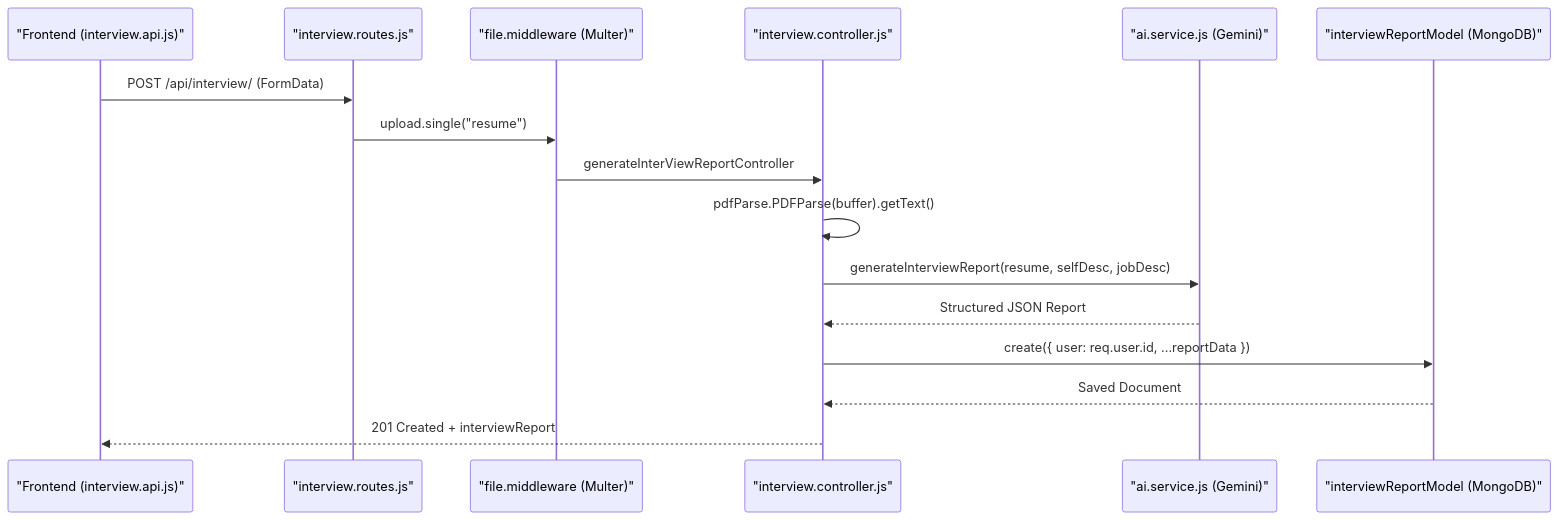
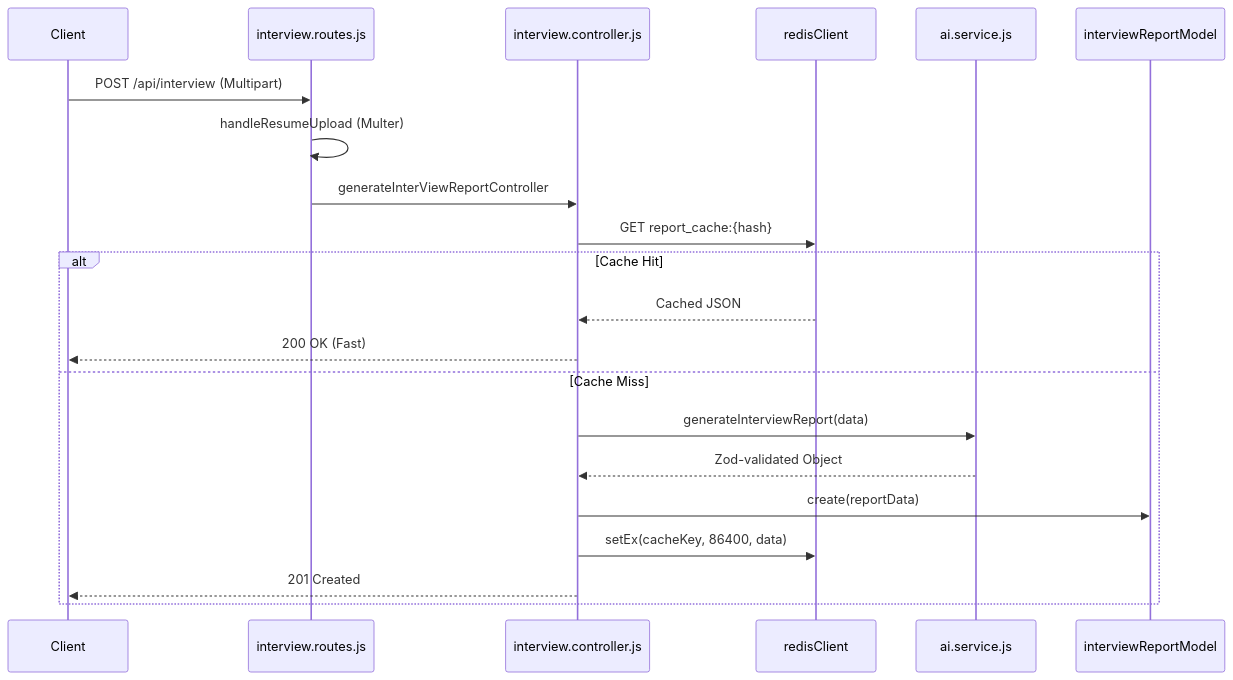
The ninth of 15 diagrams in README.md (harshitzofficial/Job-Prep-Platform), drawn with Mermaid before and after one commit. The commit also changed other lines of this file, not shown here.

````diff
--- a/README.md
+++ b/README.md
@@ -809,19 +608,24 @@
 ```mermaid
 sequenceDiagram
-    participant Client as "Frontend (interview.api.js)"
-    participant Router as "interview.routes.js"
-    participant Middleware as "file.middleware (Multer)"
-    participant Controller as "interview.controller.js"
-    participant AI as "ai.service.js (Gemini)"
-    participant DB as "interviewReportModel (MongoDB)"
-
-    Client->>Router: POST /api/interview/ (FormData)
-    Router->>Middleware: upload.single("resume")
-    Middleware->>Controller: generateInterViewReportController
-    Controller->>Controller: pdfParse.PDFParse(buffer).getText()
-    Controller->>AI: generateInterviewReport(resume, selfDesc, jobDesc)
-    AI-->>Controller: Structured JSON Report
-    Controller->>DB: create({ user: req.user.id, ...reportData })
-    DB-->>Controller: Saved Document
-    Controller-->>Client: 201 Created + interviewReport
+    participant Client
+    participant Router as interview.routes.js
+    participant Ctrl as interview.controller.js
+    participant Redis as redisClient
+    participant AI as ai.service.js
+    participant DB as interviewReportModel
+ 
+    Client->>Router: POST /api/interview (Multipart)
+    Router->>Router: handleResumeUpload (Multer)
+    Router->>Ctrl: generateInterViewReportController
+    Ctrl->>Redis: GET report_cache:{hash}
+    alt Cache Hit
+        Redis-->>Ctrl: Cached JSON
+        Ctrl-->>Client: 200 OK (Fast)
+    else Cache Miss
+        Ctrl->>AI: generateInterviewReport(data)
+        AI-->>Ctrl: Zod-validated Object
+        Ctrl->>DB: create(reportData)
+        Ctrl->>Redis: setEx(cacheKey, 86400, data)
+        Ctrl-->>Client: 201 Created
+    end
 ```
````
